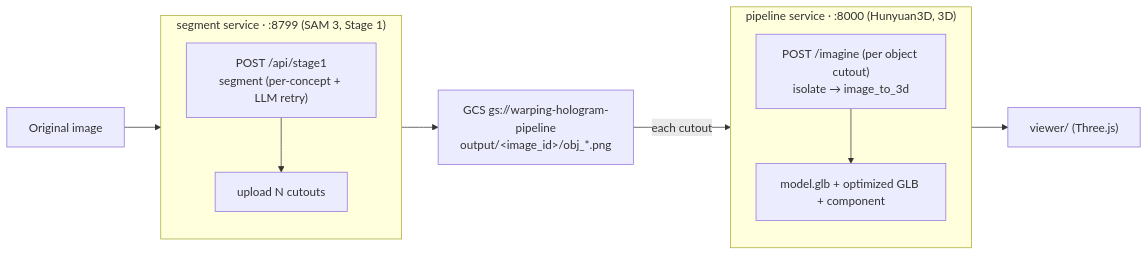
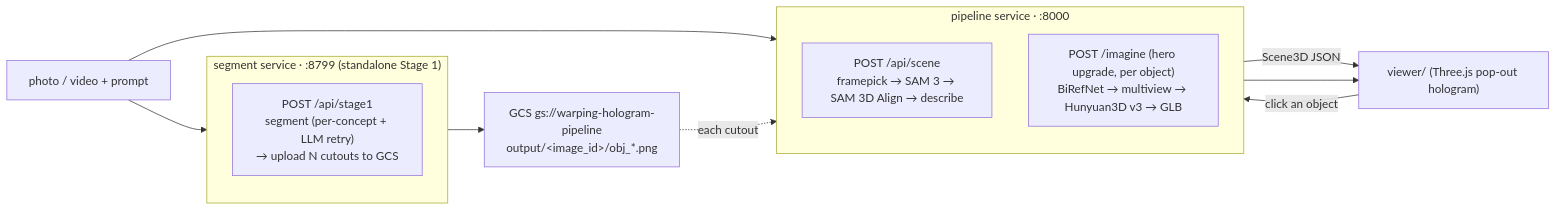
One commit to Pran-Ker/Hackathon changed the diagram in ARCHITECTURE.md. Above: the diagram before and after it, drawn with Mermaid. The commit also changed other lines of this file and 3 other files, not shown here.

First line of the commit message:
docs: POPFRAME README/ARCHITECTURE — scene path, Scene3D contract, transform

````diff
--- a/ARCHITECTURE.md
+++ b/ARCHITECTURE.md
@@ -15,27 +17,27 @@
 ```mermaid
 flowchart LR
-  img["Original image"]
+  img["photo / video + prompt"]
 
-  subgraph SEG["segment service · :8799 (SAM 3, Stage 1)"]
+  subgraph PIPE["pipeline service · :8000"]
     direction TB
-    s_seg["POST /api/stage1<br/>segment (per-concept + LLM retry)"]
-    s_up["upload N cutouts"]
-    s_seg --> s_up
+    scene["POST /api/scene<br/>framepick → SAM 3 → SAM 3D Align → describe"]
+    im["POST /imagine (hero upgrade, per object)<br/>BiRefNet → multiview → Hunyuan3D v3 → GLB"]
+  end
+
+  subgraph SEG["segment service · :8799 (standalone Stage 1)"]
+    direction TB
+    s_seg["POST /api/stage1<br/>segment (per-concept + LLM retry)<br/>→ upload N cutouts to GCS"]
   end
 
   gcs["GCS gs://warping-hologram-pipeline<br/>output/&lt;image_id&gt;/obj_*.png"]
 
-  subgraph PIPE["pipeline service · :8000 (Hunyuan3D, 3D)"]
-    direction TB
-    p_im["POST /imagine (per object cutout)<br/>isolate → image_to_3d"]
-    p_glb["model.glb + optimized GLB + component"]
-    p_im --> p_glb
-  end
+  viewer["viewer/ (Three.js pop-out hologram)"]
 
-  viewer["viewer/ (Three.js)"]
-
+  img --> scene
   img --> s_seg
-  s_up --> gcs
-  gcs -->|"each cutout"| p_im
-  p_glb --> viewer
+  s_seg --> gcs
+  gcs -.->|"each cutout"| im
+  scene -->|"Scene3D JSON"| viewer
+  viewer -->|"click an object"| im
+  im --> viewer
 ```
````
